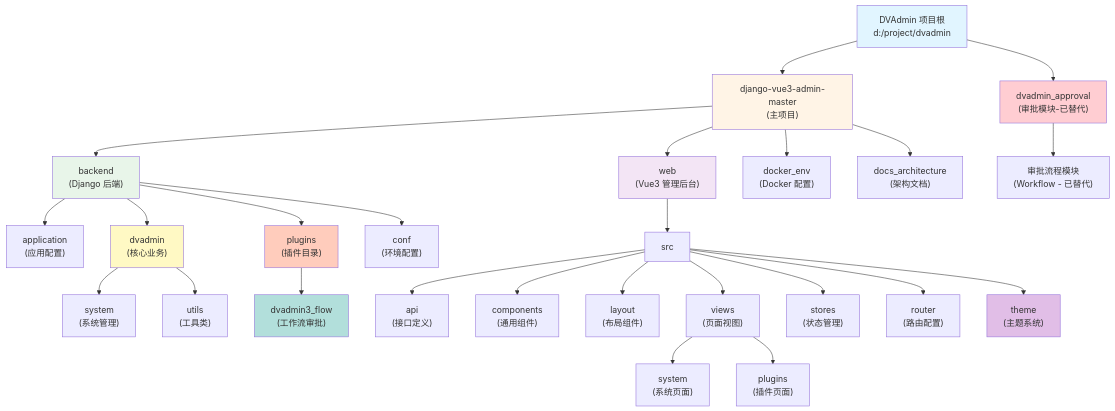
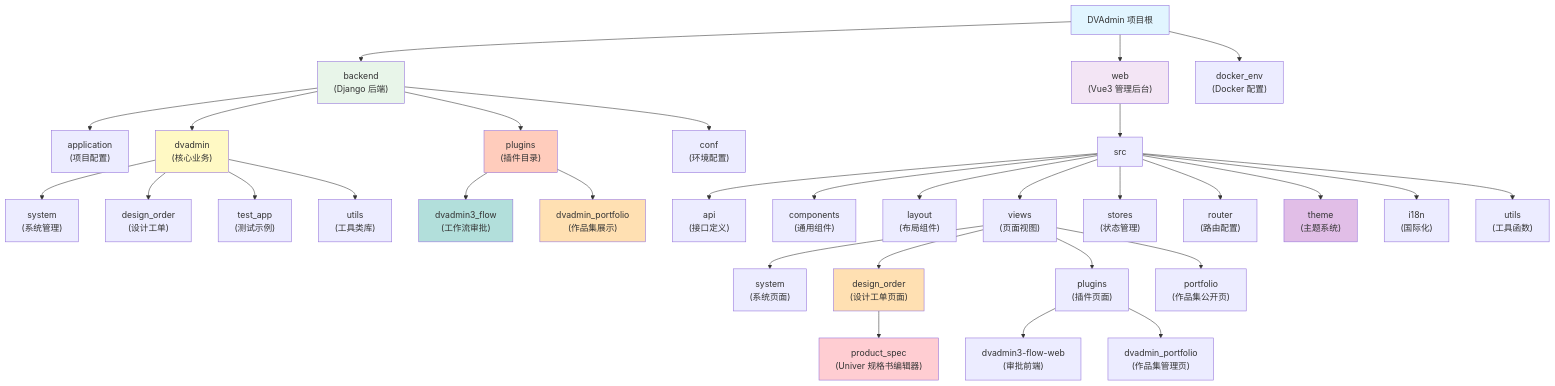
One commit to jack571754/dvadmin changed the diagram in CLAUDE.md. Above: the diagram before and after it, drawn with Mermaid. The commit also changed other lines of this file and 14 other files, not shown here.

````diff
--- a/CLAUDE.md
+++ b/CLAUDE.md
@@ -80,54 +41,59 @@
 ```mermaid
 graph TD
-    A["DVAdmin 项目根<br/>d:/project/dvadmin"] --> B["django-vue3-admin-master<br/>(主项目)"];
-    A --> D["dvadmin_approval<br/>(审批模块-已替代)"];
+    A["DVAdmin 项目根"] --> B["backend<br/>(Django 后端)"];
+    A --> C["web<br/>(Vue3 管理后台)"];
+    A --> D["docker_env<br/>(Docker 配置)"];
 
-    B --> E["backend<br/>(Django 后端)"];
-    B --> F["web<br/>(Vue3 管理后台)"];
-    B --> G["docker_env<br/>(Docker 配置)"];
-    B --> H["docs_architecture<br/>(架构文档)"];
+    B --> E["application<br/>(项目配置)"];
+    B --> F["dvadmin<br/>(核心业务)"];
+    B --> G["plugins<br/>(插件目录)"];
+    B --> H["conf<br/>(环境配置)"];
 
-    E --> I["application<br/>(应用配置)"];
-    E --> J["dvadmin<br/>(核心业务)"];
-    E --> K["plugins<br/>(插件目录)"];
-    E --> L["conf<br/>(环境配置)"];
+    F --> I["system<br/>(系统管理)"];
+    F --> J["design_order<br/>(设计工单)"];
+    F --> K["test_app<br/>(测试示例)"];
+    F --> L["utils<br/>(工具类库)"];
 
-    J --> M["system<br/>(系统管理)"];
-    J --> O["utils<br/>(工具类)"];
+    G --> M["dvadmin3_flow<br/>(工作流审批)"];
+    G --> N["dvadmin_portfolio<br/>(作品集展示)"];
 
-    K --> P["dvadmin3_flow<br/>(工作流审批)"];
+    C --> O["src"];
+    O --> P["api<br/>(接口定义)"];
+    O --> Q["components<br/>(通用组件)"];
+    O --> R["layout<br/>(布局组件)"];
+    O --> S["views<br/>(页面视图)"];
+    O --> T["stores<br/>(状态管理)"];
+    O --> U["router<br/>(路由配置)"];
+    O --> V["theme<br/>(主题系统)"];
+    O --> W["i18n<br/>(国际化)"];
+    O --> X["utils<br/>(工具函数)"];
 
-    F --> Q["src"];
-    Q --> R["api<br/>(接口定义)"];
-    Q --> S["components<br/>(通用组件)"];
-    Q --> T["layout<br/>(布局组件)"];
-    Q --> U["views<br/>(页面视图)"];
-    Q --> V["stores<br/>(状态管理)"];
-    Q --> W["router<br/>(路由配置)"];
-    Q --> X["theme<br/>(主题系统)"];
+    S --> Y["system<br/>(系统页面)"];
+    S --> Z["design_order<br/>(设计工单页面)"];
+    S --> AA["plugins<br/>(插件页面)"];
+    S --> AB["portfolio<br/>(作品集公开页)"];
 
-    U --> Y["system<br/>(系统页面)"];
-    U --> Z["plugins<br/>(插件页面)"];
+    AA --> AC["dvadmin3-flow-web<br/>(审批前端)"];
+    AA --> AD["dvadmin_portfolio<br/>(作品集管理页)"];
 
-    D --> AH["审批流程模块<br/>(Workflow - 已替代)"];
+    Z --> AE["product_spec<br/>(Univer 规格书编辑器)"];
 
     style A fill:#e1f5ff
-    style B fill:#fff4e6
-    style E fill:#e8f5e9
-    style F fill:#f3e5f5
-    style J fill:#fff9c4
-    style K fill:#ffccbc
-    style P fill:#b2dfdb
-    style X fill:#e1bee7
-    style D fill:#ffcdd2
+    style B fill:#e8f5e9
+    style C fill:#f3e5f5
+    style F fill:#fff9c4
+    style G fill:#ffccbc
+    style M fill:#b2dfdb
+    style N fill:#ffe0b2
+    style V fill:#e1bee7
+    style Z fill:#ffe0b2
+    style AE fill:#ffcdd2
 
-    click E "./django-vue3-admin-master/backend/CLAUDE.md" "查看 backend 模块文档"
-    click F "./django-vue3-admin-master/web/CLAUDE.md" "查看 web 模块文档"
-    click I "./django-vue3-admin-master/backend/application/CLAUDE.md" "查看 application 模块文档"
-    click J "./django-vue3-admin-master/backend/dvadmin/CLAUDE.md" "查看 dvadmin 核心模块"
-    click M "./django-vue3-admin-master/backend/dvadmin/system/CLAUDE.md" "查看 system 模块文档"
-    click O "./django-vue3-admin-master/backend/dvadmin/utils/CLAUDE.md" "查看 utils 模块文档"
-    click P "./django-vue3-admin-master/backend/plugins/dvadmin3_flow/CLAUDE.md" "查看 dvadmin3_flow 插件文档"
-    click D "./dvadmin_approval/CLAUDE.md" "查看 dvadmin_approval 模块文档"
-    click H "./django-vue3-admin-master/backend/docs_architecture/00_索引.md" "查看架构文档索引"
+    click B "./backend/CLAUDE.md" "查看 backend 模块文档"
+    click C "./web/CLAUDE.md" "查看 web 模块文档"
+    click I "./backend/dvadmin/system/CLAUDE.md" "查看 system 模块文档"
+    click J "./backend/dvadmin/design_order/CLAUDE.md" "查看 design_order 模块文档"
+    click L "./backend/dvadmin/utils/CLAUDE.md" "查看 utils 模块文档"
+    click M "./backend/plugins/dvadmin3_flow/CLAUDE.md" "查看 dvadmin3_flow 模块文档"
+    click N "./backend/plugins/dvadmin_portfolio/CLAUDE.md" "查看 dvadmin_portfolio 模块文档"
 ```
````
